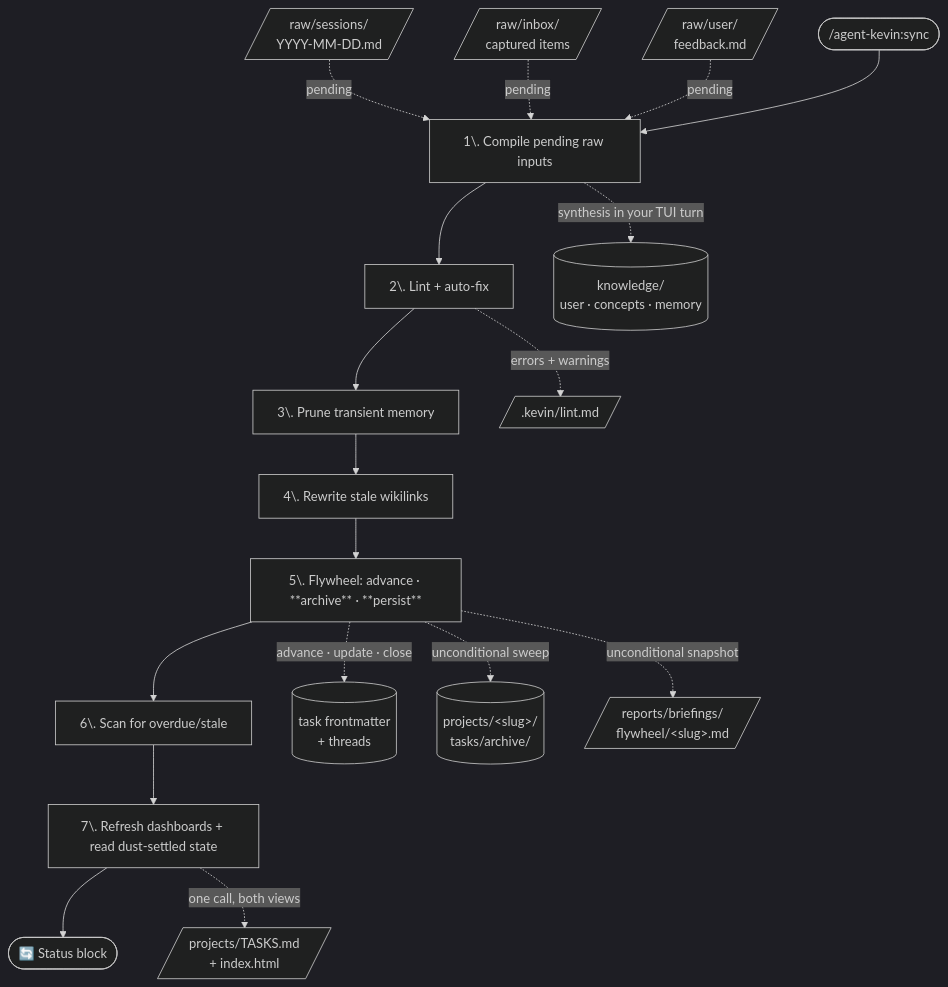
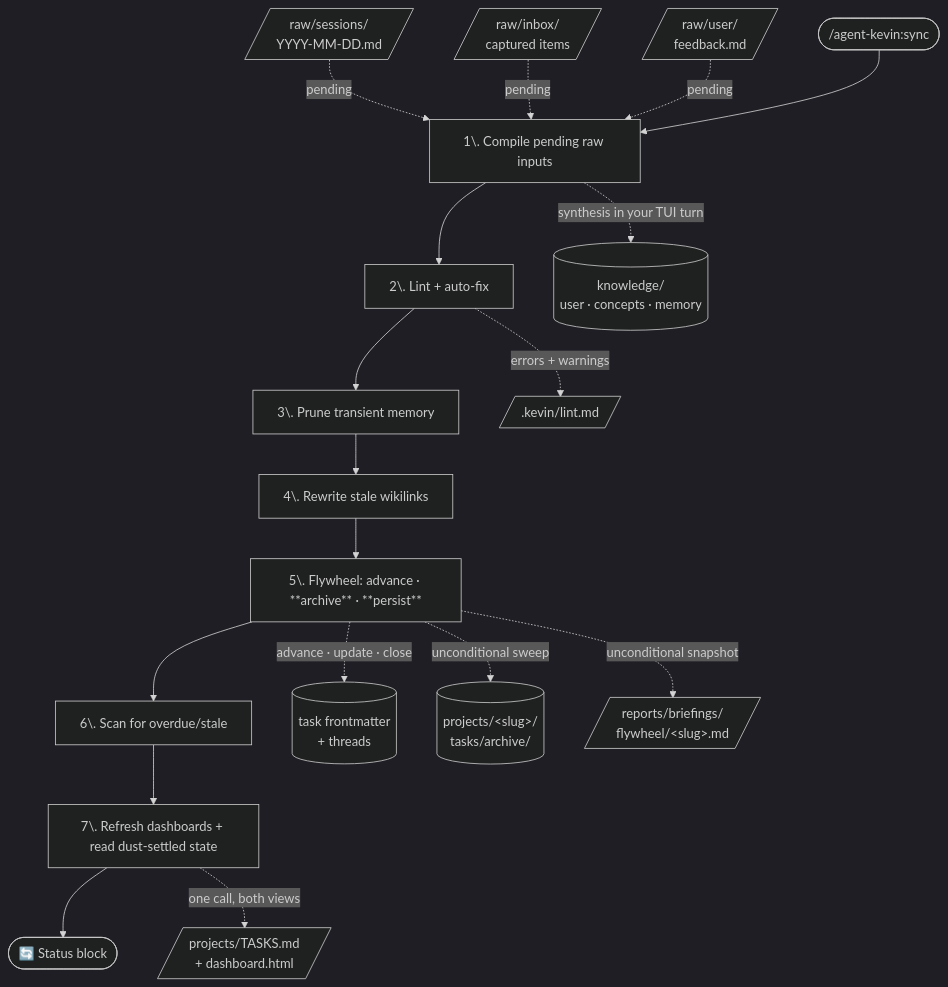
One commit to eskimotherapy/agent-kevin changed the third of 5 diagrams in README.md. Above: the diagram before and after it, drawn with Mermaid (dark theme). The commit also changed other lines of this file and 12 other files, not shown here.

First line of the commit message:
Rename dashboard output from index.html to dashboard.html

````diff
--- a/README.md
+++ b/README.md
@@ -348,22 +348,22 @@
 ```mermaid
 flowchart TD
     SES[/raw/sessions/<br/>YYYY-MM-DD.md/] -.pending.-> C1
     INB[/raw/inbox/<br/>captured items/] -.pending.-> C1
     FB[/raw/user/<br/>feedback.md/] -.pending.-> C1
 
     START([/agent-kevin:sync]) --> C1[1\. Compile pending raw inputs]
     C1 --> C2[2\. Lint + auto-fix]
     C2 --> C3[3\. Prune transient memory]
     C3 --> C4[4\. Rewrite stale wikilinks]
     C4 --> C5[5\. Flywheel: advance · **archive** · **persist**]
     C5 --> C6[6\. Scan for overdue/stale]
     C6 --> C7[7\. Refresh dashboards + read dust-settled state]
     C7 --> OUT([🔄 Status block])
 
     C1 -.synthesis in your TUI turn.-> WIKI[(knowledge/<br/>user · concepts · memory)]
     C2 -.errors + warnings.-> LINT[/.kevin/lint.md/]
     C5 -.advance · update · close.-> TASKMUT[(task frontmatter<br/>+ threads)]
     C5 -.unconditional sweep.-> ARCHIVE[(projects/&lt;slug&gt;/<br/>tasks/archive/)]
     C5 -.unconditional snapshot.-> FLYREP[/reports/briefings/<br/>flywheel/&lt;slug&gt;.md/]
-    C7 -.one call, both views.-> TASKS[/projects/TASKS.md<br/>+ index.html/]
+    C7 -.one call, both views.-> TASKS[/projects/TASKS.md<br/>+ dashboard.html/]
 ```
````
